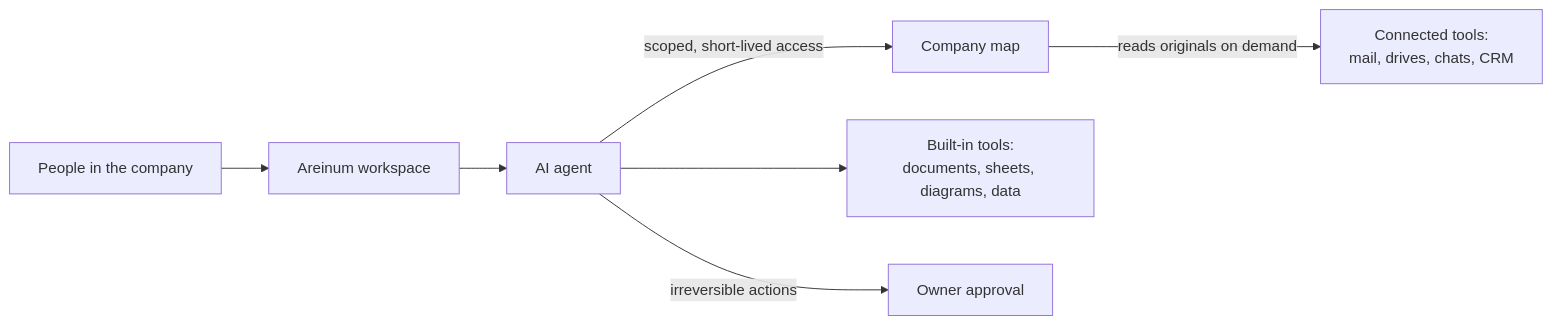
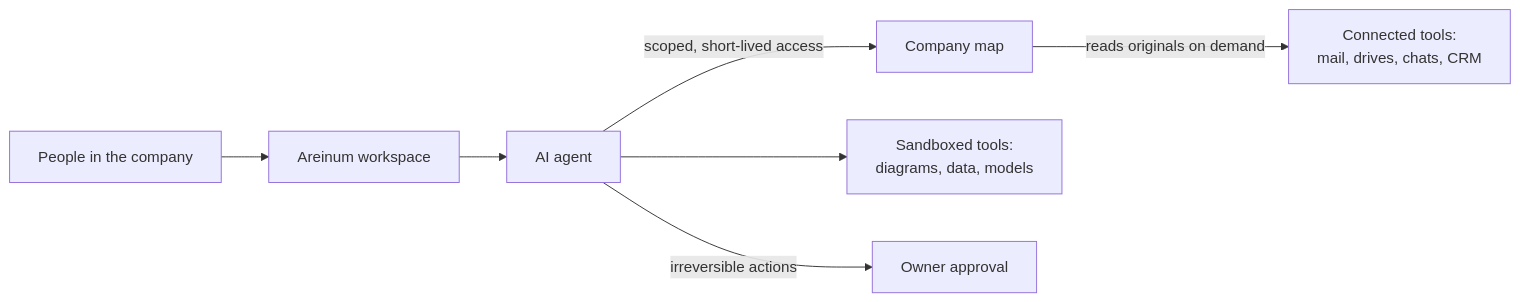
One commit to zsoXi/areinum-overview changed the diagram in README.md. Above: the diagram before and after it, drawn with Mermaid. The commit also changed other lines of this file and 1 other file, not shown here.

````diff
--- a/README.md
+++ b/README.md
@@ -25,9 +51,9 @@
 ```mermaid
 flowchart LR
     U[People in the company] --> W[Areinum workspace]
     W --> A[AI agent]
     A -->|scoped, short-lived access| M[Company map]
     M -->|reads originals on demand| S[Connected tools:<br/>mail, drives, chats, CRM]
-    A --> T[Built-in tools:<br/>documents, sheets, diagrams, data]
+    A --> T[Sandboxed tools:<br/>diagrams, data, models]
     A -->|irreversible actions| O[Owner approval]
 ```
````
